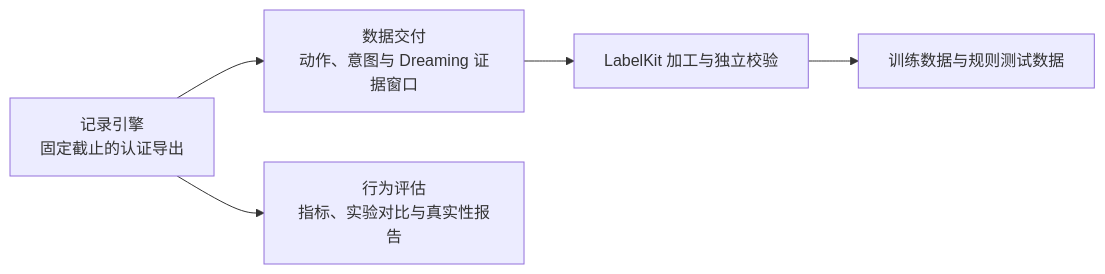
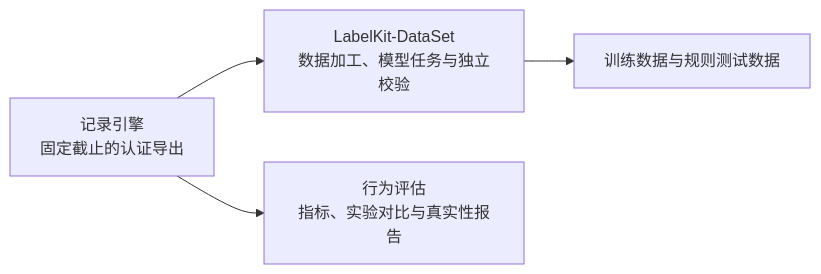
Before and after one commit to HoldThatThgt/WorldMock: the seventh of 9 diagrams in docs/design/01-architecture.md, drawn with Mermaid. The commit also changed other lines of this file and 183 other files, not shown here.

````diff
--- a/docs/design/01-architecture.md
+++ b/docs/design/01-architecture.md
@@ -311,7 +311,6 @@
 ```mermaid
 flowchart LR
-    F[记录引擎<br/>固定截止的认证导出] --> W[数据交付<br/>动作、意图与 Dreaming 证据窗口]
-    W --> L[LabelKit 加工与独立校验]
+    F[记录引擎<br/>固定截止的认证导出] --> L[LabelKit-DataSet<br/>数据加工、模型任务与独立校验]
     L --> O[训练数据与规则测试数据]
     F --> E[行为评估<br/>指标、实验对比与真实性报告]
 ```
````
